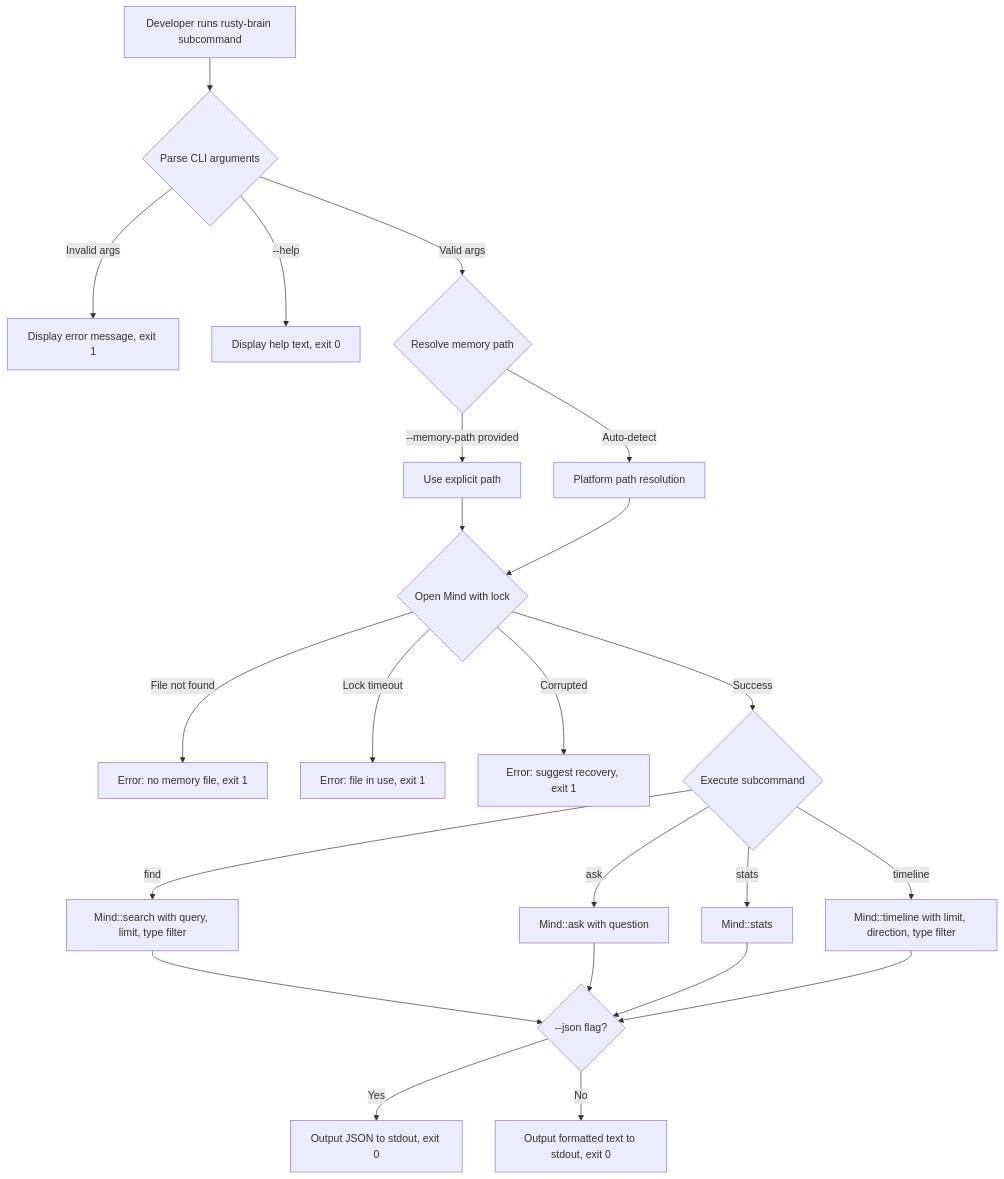
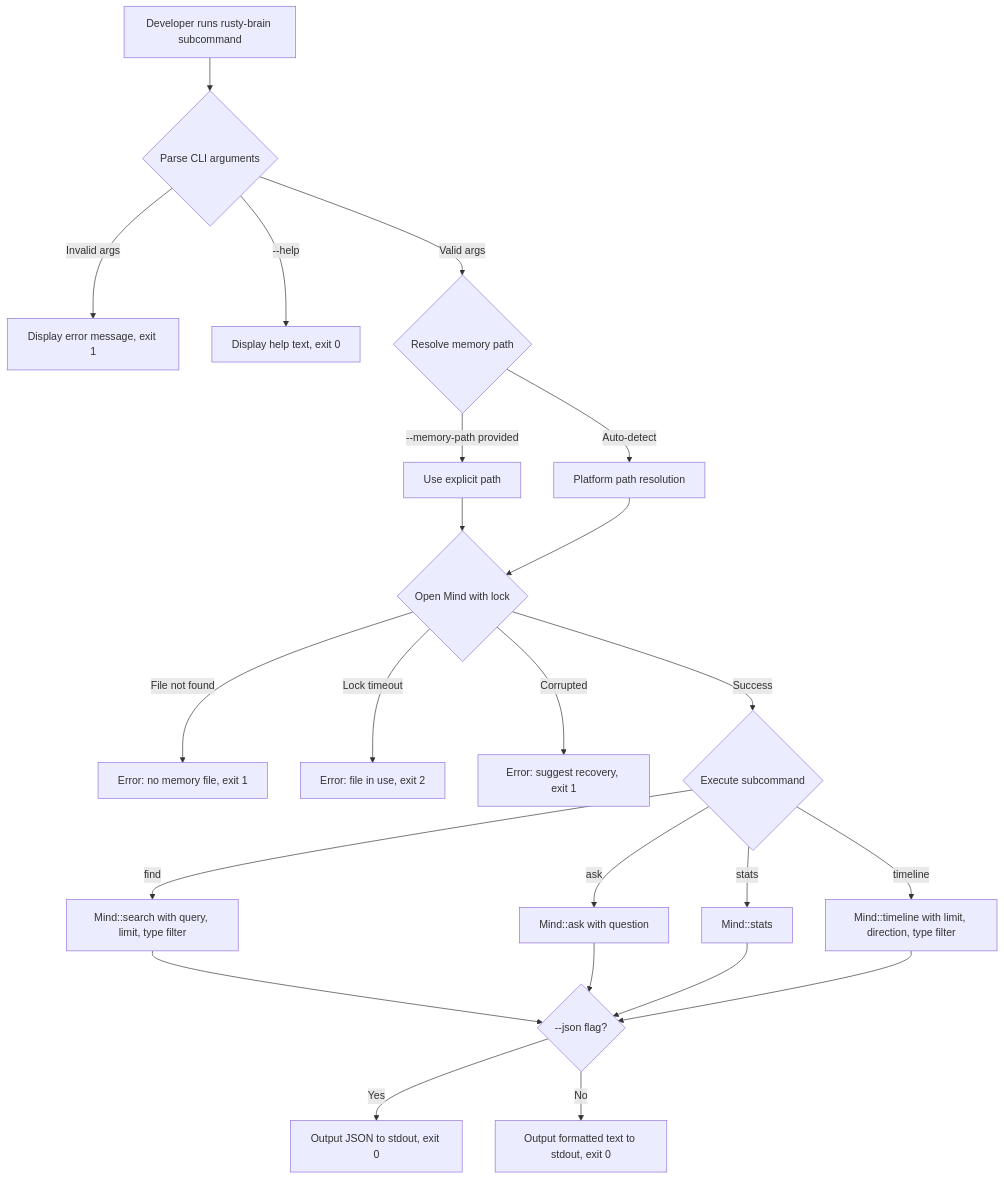
One commit to brianluby/rusty-brain changed the first of 2 diagrams in specs/007-cli-scripts/prd.md. Above: the diagram before and after it, drawn with Mermaid. The commit also changed other lines of this file and 18 other files, not shown here.

````diff
--- a/specs/007-cli-scripts/prd.md
+++ b/specs/007-cli-scripts/prd.md
@@ -230,25 +230,25 @@
 ```mermaid
 flowchart TD
     A[Developer runs rusty-brain subcommand] --> B{Parse CLI arguments}
     B -->|Invalid args| C[Display error message, exit 1]
     B -->|--help| D[Display help text, exit 0]
     B -->|Valid args| E{Resolve memory path}
     E -->|--memory-path provided| F[Use explicit path]
     E -->|Auto-detect| G[Platform path resolution]
     F --> H{Open Mind with lock}
     G --> H
     H -->|File not found| I[Error: no memory file, exit 1]
-    H -->|Lock timeout| J[Error: file in use, exit 1]
+    H -->|Lock timeout| J[Error: file in use, exit 2]
     H -->|Corrupted| K[Error: suggest recovery, exit 1]
     H -->|Success| L{Execute subcommand}
     L -->|find| M[Mind::search with query, limit, type filter]
     L -->|ask| N[Mind::ask with question]
     L -->|stats| O[Mind::stats]
     L -->|timeline| P[Mind::timeline with limit, direction, type filter]
     M --> Q{--json flag?}
     N --> Q
     O --> Q
     P --> Q
     Q -->|Yes| R[Output JSON to stdout, exit 0]
     Q -->|No| S[Output formatted text to stdout, exit 0]
 ```
````
